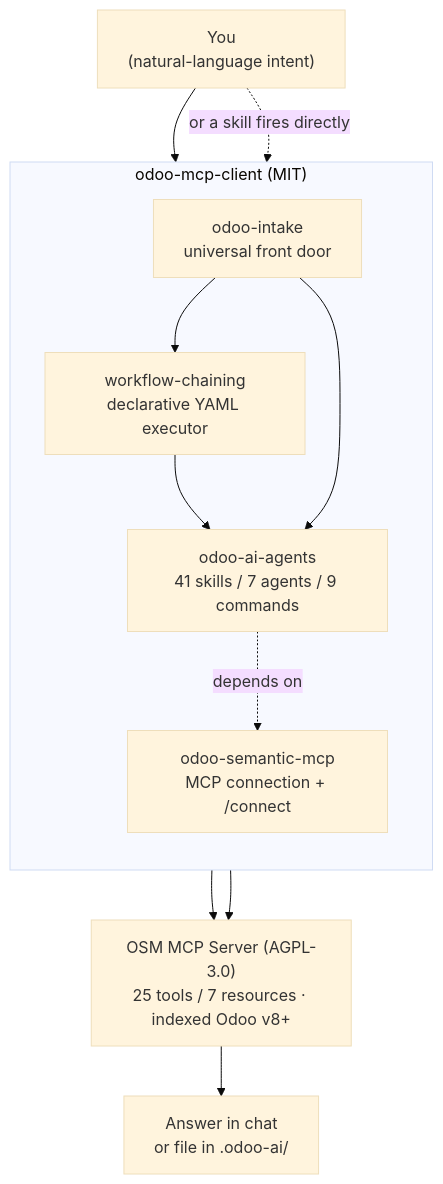
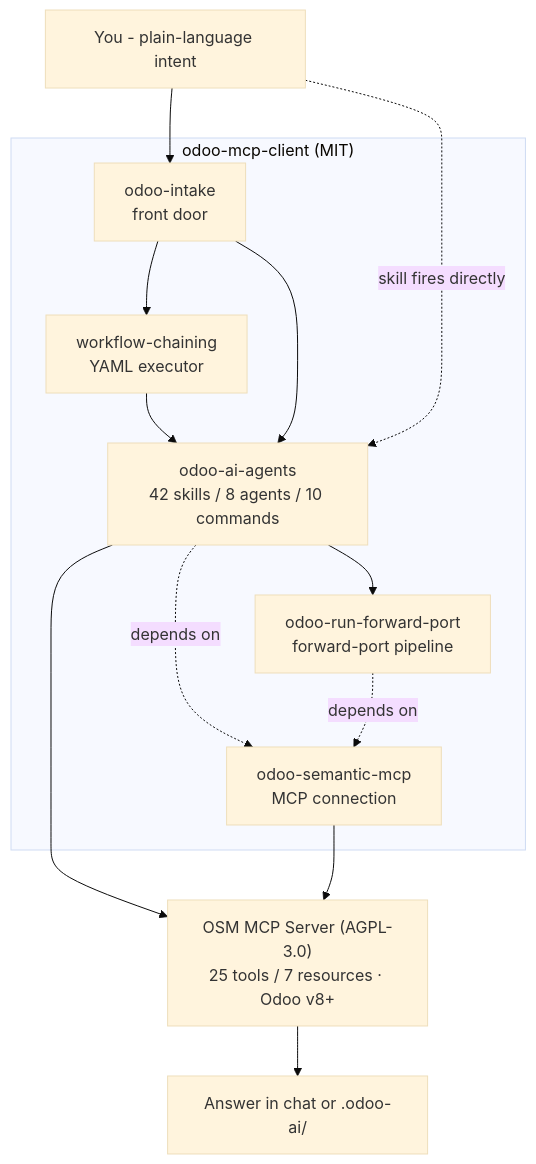
Before and after one commit to Viindoo/odoo-mcp-client: the diagram in README.md, drawn with Mermaid (base theme). The commit also changed other lines of this file and 25 other files, not shown here.

````diff
--- a/README.md
+++ b/README.md
@@ -13,24 +13,26 @@
 ```mermaid
-flowchart TB
-    You["You<br/>(natural-language intent)"]
+flowchart TD
+    You["You - plain-language intent"]
 
     subgraph client["odoo-mcp-client (MIT)"]
-        direction TB
-        odoo_intake["odoo-intake<br/>universal front door"]
-        wfrunner["workflow-chaining<br/>declarative YAML executor"]
-        skills["odoo-ai-agents<br/>41 skills / 7 agents / 9 commands"]
-        mcp["odoo-semantic-mcp<br/>MCP connection + /connect"]
-        odoo_intake --> wfrunner --> skills
-        odoo_intake --> skills
-        skills -. "depends on" .-> mcp
+        intake["odoo-intake<br/>front door"]
+        wfrunner["workflow-chaining<br/>YAML executor"]
+        skills["odoo-ai-agents<br/>42 skills / 8 agents / 10 commands"]
+        fp["odoo-run-forward-port<br/>forward-port pipeline"]
+        mcp["odoo-semantic-mcp<br/>MCP connection"]
+        intake --> wfrunner --> skills
+        intake --> skills
+        skills --> fp
+        skills -. depends on .-> mcp
+        fp -. depends on .-> mcp
     end
 
-    server["OSM MCP Server (AGPL-3.0)<br/>25 tools / 7 resources · indexed Odoo v8+"]
-    out["Answer in chat<br/>or file in .odoo-ai/"]
+    server["OSM MCP Server (AGPL-3.0)<br/>25 tools / 7 resources · Odoo v8+"]
+    out["Answer in chat or .odoo-ai/"]
 
-    You --> odoo_intake
-    You -. "or a skill fires directly" .-> skills
+    You --> intake
+    You -. "skill fires directly" .-> skills
     skills --> server
     mcp --> server
     server --> out
 ```
````
